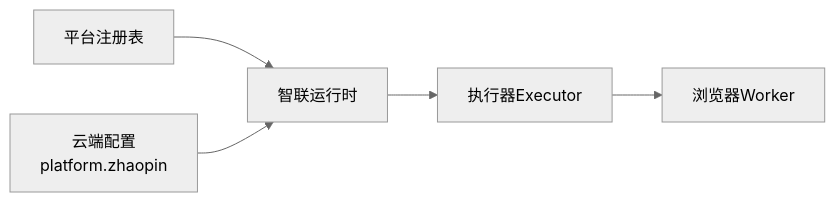
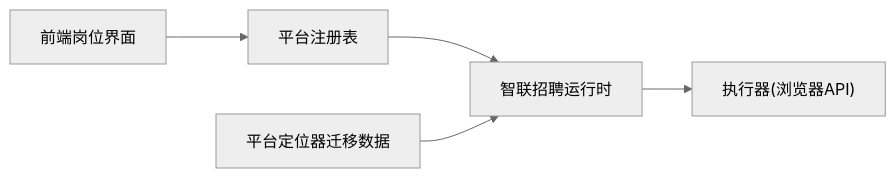
One commit to alvinwangzi/goodhr changed the ninth of 9 diagrams in .qoder/repowiki/zh/content/本地执行器/平台适配器/前程无忧适配器/前程无忧适配器.md. Above: the diagram before and after it, drawn with Mermaid (neutral theme). The commit also changed other lines of this file and 149 other files, not shown here.

````diff
--- a/.qoder/repowiki/zh/content/本地执行器/平台适配器/前程无忧适配器/前程无忧适配器.md
+++ b/.qoder/repowiki/zh/content/本地执行器/平台适配器/前程无忧适配器/前程无忧适配器.md
@@ -306,7 +294,7 @@
 ```mermaid
 graph LR
-Reg["平台注册表"] --> ZR["智联运行时"]
-Conf["云端配置<br/>platform.zhaopin"] --> ZR
-ZR --> Exec["执行器Executor"]
-Exec --> Worker["浏览器Worker"]
+Frontend["前端岗位界面"] --> Registry["平台注册表"]
+Registry --> Zhaopin["智联招聘运行时"]
+Zhaopin --> Executor["执行器(浏览器API)"]
+Migration["平台定位器迁移数据"] --> Zhaopin
 ```
````
